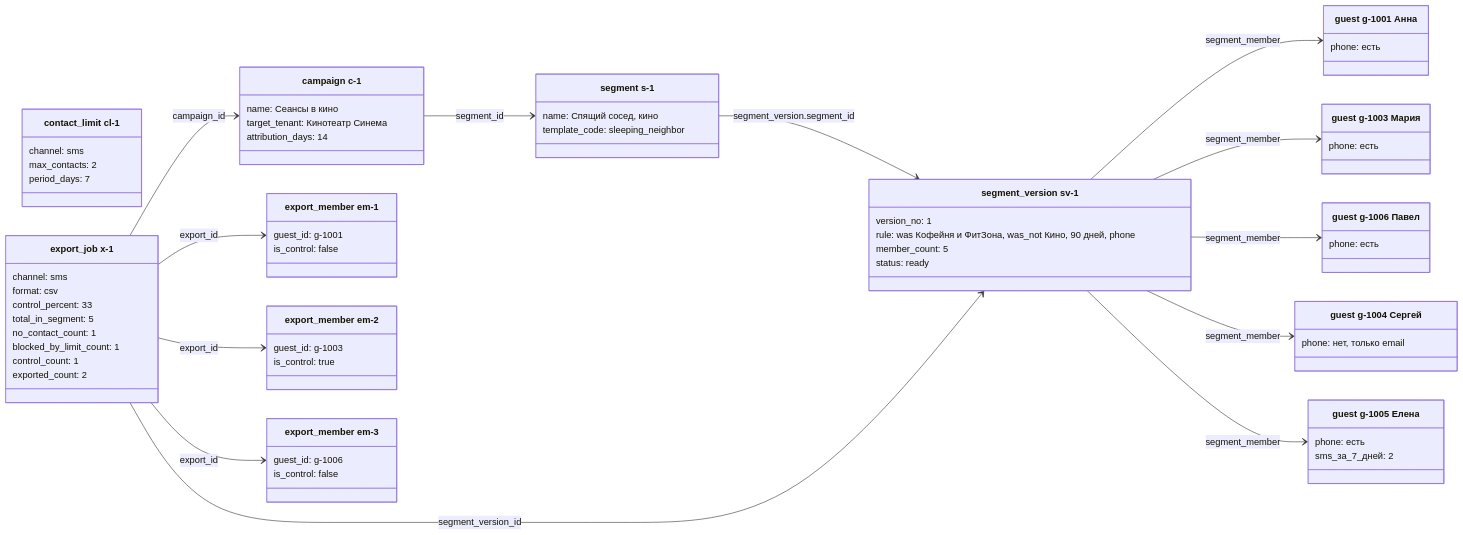
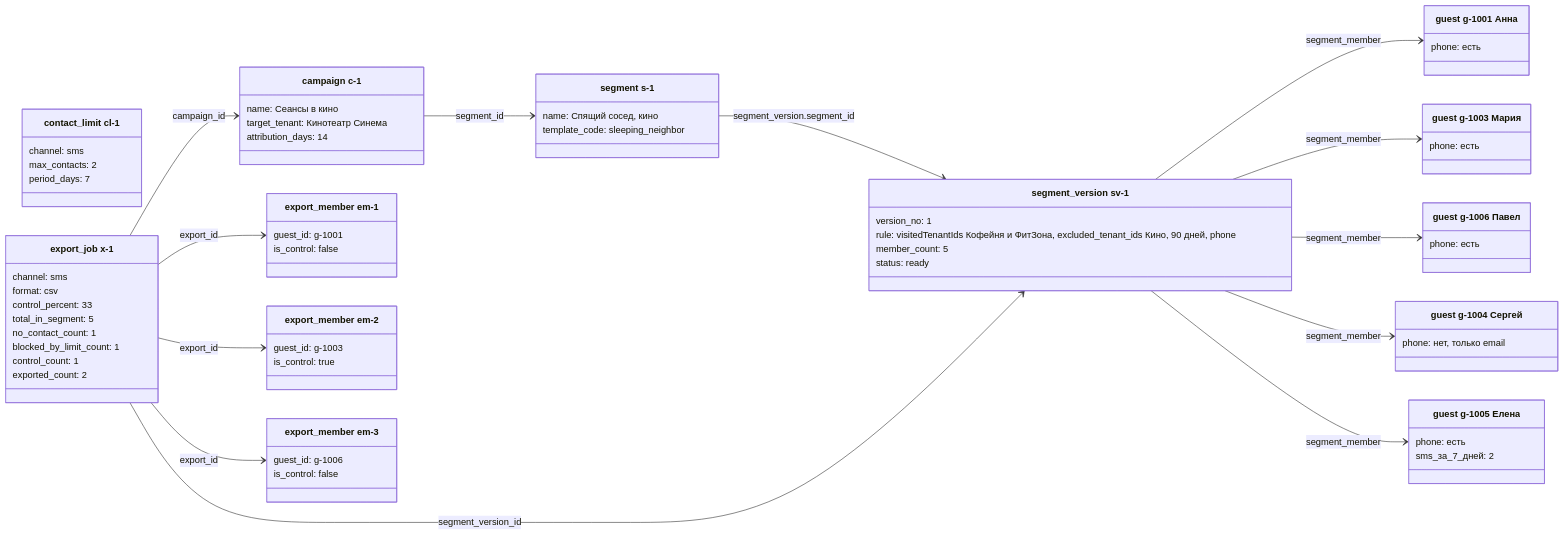
The fourth of 5 diagrams in docs/design/06-object-diagrams.md (MangriMen/UCRP), drawn with Mermaid before and after one commit. The commit also changed other lines of this file and 154 other files, not shown here.

````diff
--- a/docs/design/06-object-diagrams.md
+++ b/docs/design/06-object-diagrams.md
@@ -196,74 +196,74 @@
 ```mermaid
 classDiagram
   direction LR
   class s1["segment s-1"] {
     name: Спящий сосед, кино
     template_code: sleeping_neighbor
   }
   class sv1["segment_version sv-1"] {
     version_no: 1
-    rule: was Кофейня и ФитЗона, was_not Кино, 90 дней, phone
+    rule: visitedTenantIds Кофейня и ФитЗона, excluded_tenant_ids Кино, 90 дней, phone
     member_count: 5
     status: ready
   }
   class camp["campaign c-1"] {
     name: Сеансы в кино
     target_tenant: Кинотеатр Синема
     attribution_days: 14
   }
   class lim["contact_limit cl-1"] {
     channel: sms
     max_contacts: 2
     period_days: 7
   }
   class x1["export_job x-1"] {
     channel: sms
     format: csv
     control_percent: 33
     total_in_segment: 5
     no_contact_count: 1
     blocked_by_limit_count: 1
     control_count: 1
     exported_count: 2
   }
   class g1["guest g-1001 Анна"] {
     phone: есть
   }
   class g3["guest g-1003 Мария"] {
     phone: есть
   }
   class g6["guest g-1006 Павел"] {
     phone: есть
   }
   class g4["guest g-1004 Сергей"] {
     phone: нет, только email
   }
   class g5["guest g-1005 Елена"] {
     phone: есть
     sms_за_7_дней: 2
   }
   class em1["export_member em-1"] {
     guest_id: g-1001
     is_control: false
   }
   class em2["export_member em-2"] {
     guest_id: g-1003
     is_control: true
   }
   class em3["export_member em-3"] {
     guest_id: g-1006
     is_control: false
   }
   s1 --> sv1 : segment_version.segment_id
   camp --> s1 : segment_id
   x1 --> sv1 : segment_version_id
   x1 --> camp : campaign_id
   sv1 --> g1 : segment_member
   sv1 --> g3 : segment_member
   sv1 --> g6 : segment_member
   sv1 --> g4 : segment_member
   sv1 --> g5 : segment_member
   x1 --> em1 : export_id
   x1 --> em2 : export_id
   x1 --> em3 : export_id
 ```
````
